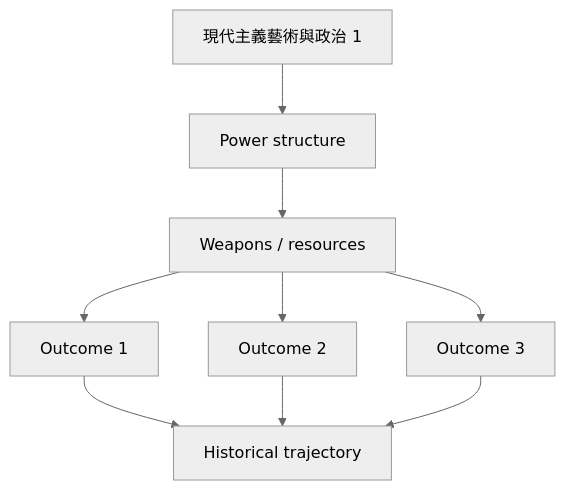
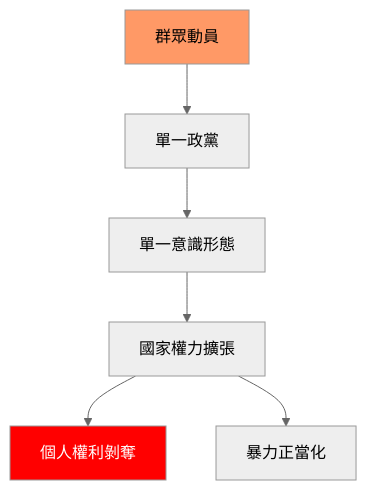
Before and after one commit to yip-lgtm/HKU-Harvard-History-Self-Study: the fifth of 10 diagrams in 01_HKU_Courses/HIST2063_Europe_and_modernity.md, drawn with Mermaid (neutral theme). The commit also changed other lines of this file and 48 other files, not shown here.

````diff
--- a/01_HKU_Courses/HIST2063_Europe_and_modernity.md
+++ b/01_HKU_Courses/HIST2063_Europe_and_modernity.md
@@ -263,11 +216,11 @@
 ```mermaid
-graph TD
-    A[現代主義藝術與政治 1] --> B[Power structure]
-    B --> C[Weapons / resources]
-    C --> D[Outcome 1]
-    C --> E[Outcome 2]
-    C --> F[Outcome 3]
-    D --> G[Historical trajectory]
-    E --> G
-    F --> G
+flowchart TD
+    A[群眾動員] --> B[單一政黨]
+    B --> C[單一意識形態]
+    C --> D[國家權力擴張]
+    D --> E[個人權利剝奪]
+    D --> F[暴力正當化]
+    
+    style A fill:#f96,color:#000
+    style E fill:#f00,color:#fff
 ```
````
